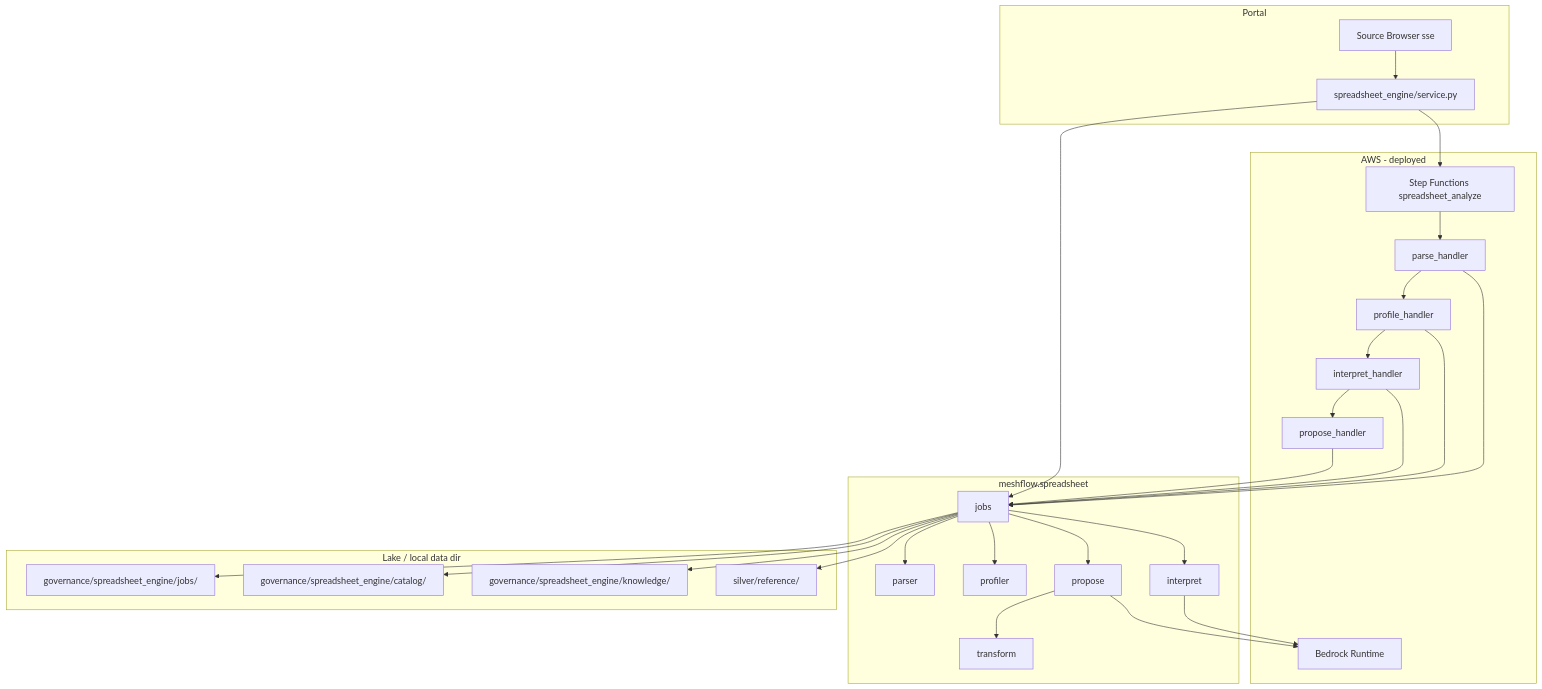
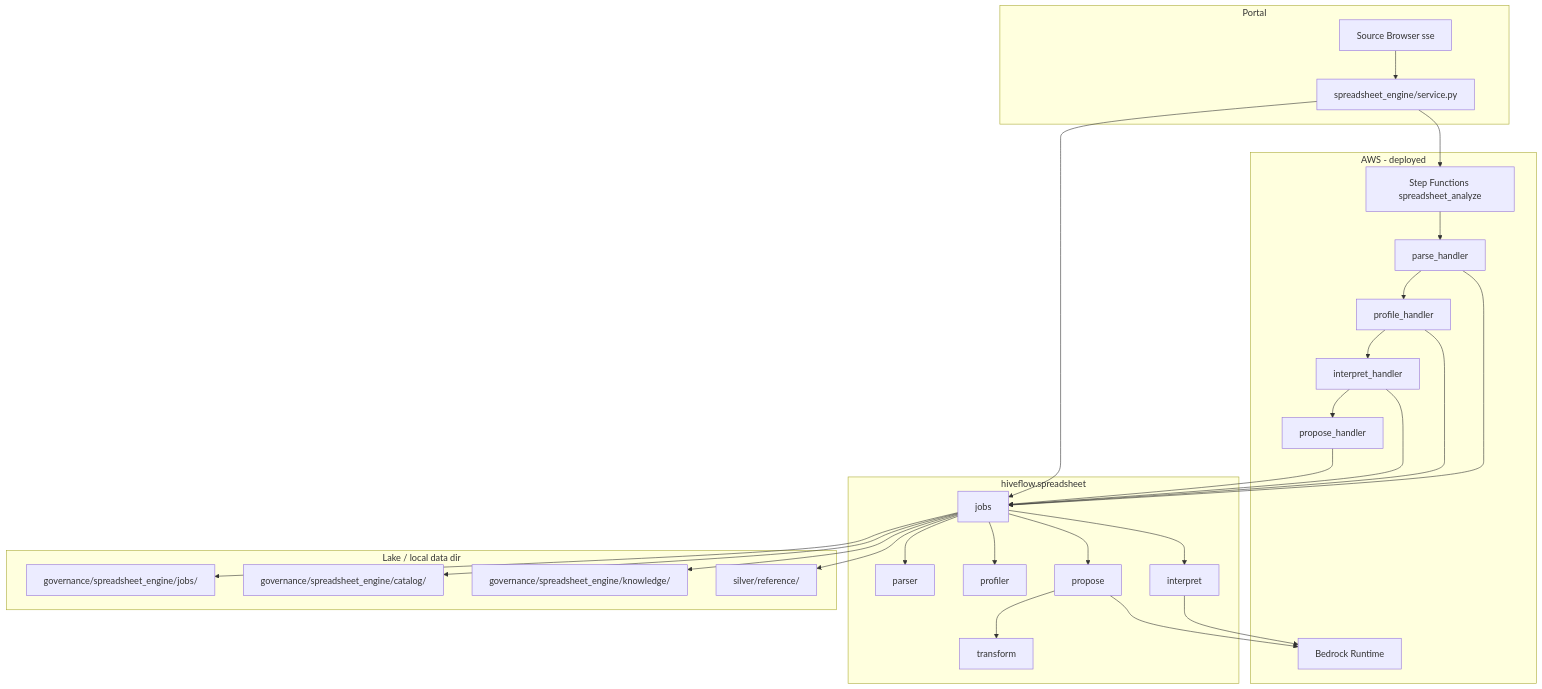
One commit to JeremiahDavid/glue changed the second of 2 diagrams in docs/spreadsheet-engine.md. Above: the diagram before and after it, drawn with Mermaid. The commit also changed other lines of this file and 371 other files, not shown here.

Commit message:
bulk rename of meshflow to hiveflow

````diff
--- a/docs/spreadsheet-engine.md
+++ b/docs/spreadsheet-engine.md
@@ -104,43 +104,43 @@
 ```mermaid
 flowchart TB
   subgraph portal [Portal]
     UI[Source Browser sse]
     SVC[spreadsheet_engine/service.py]
   end
 
   subgraph aws [AWS - deployed]
     SFN[Step Functions spreadsheet_analyze]
     L1[parse_handler]
     L2[profile_handler]
     L3[interpret_handler]
     L4[propose_handler]
     BR[Bedrock Runtime]
   end
 
-  subgraph engine [meshflow.spreadsheet]
+  subgraph engine [hiveflow.spreadsheet]
     PARSER[parser]
     PROF[profiler]
     INTERP[interpret]
     PROP[propose]
     XFORM[transform]
     JOBS[jobs]
   end
 
   subgraph storage [Lake / local data dir]
     JOBS3[governance/spreadsheet_engine/jobs/]
     CAT[governance/spreadsheet_engine/catalog/]
     KB[governance/spreadsheet_engine/knowledge/]
     SILVER[silver/reference/]
   end
 
   UI --> SVC
   SVC --> JOBS
   SVC --> SFN
   SFN --> L1 --> L2 --> L3 --> L4
   L1 & L2 & L3 & L4 --> JOBS
   JOBS --> PARSER & PROF & INTERP & PROP
   INTERP & PROP --> BR
   PROP --> XFORM
   JOBS --> JOBS3 & CAT & KB
   JOBS --> SILVER
 ```
````
